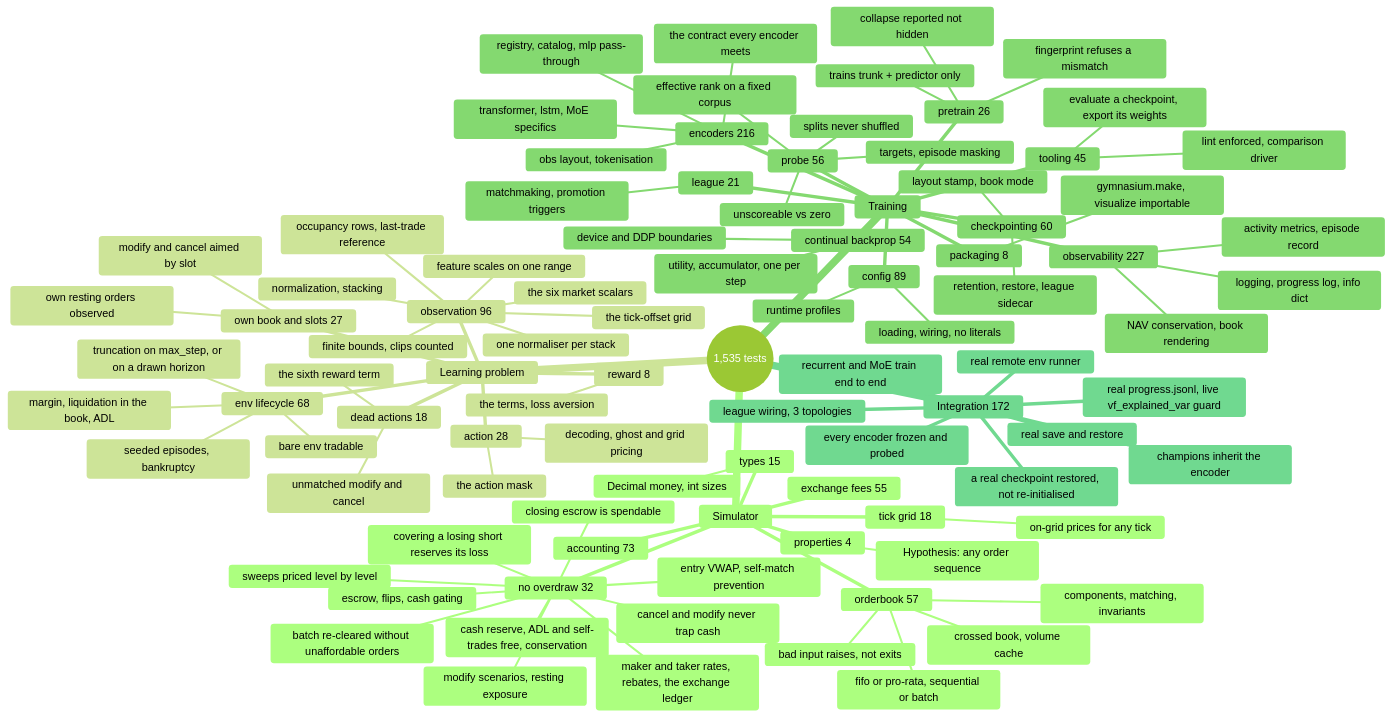
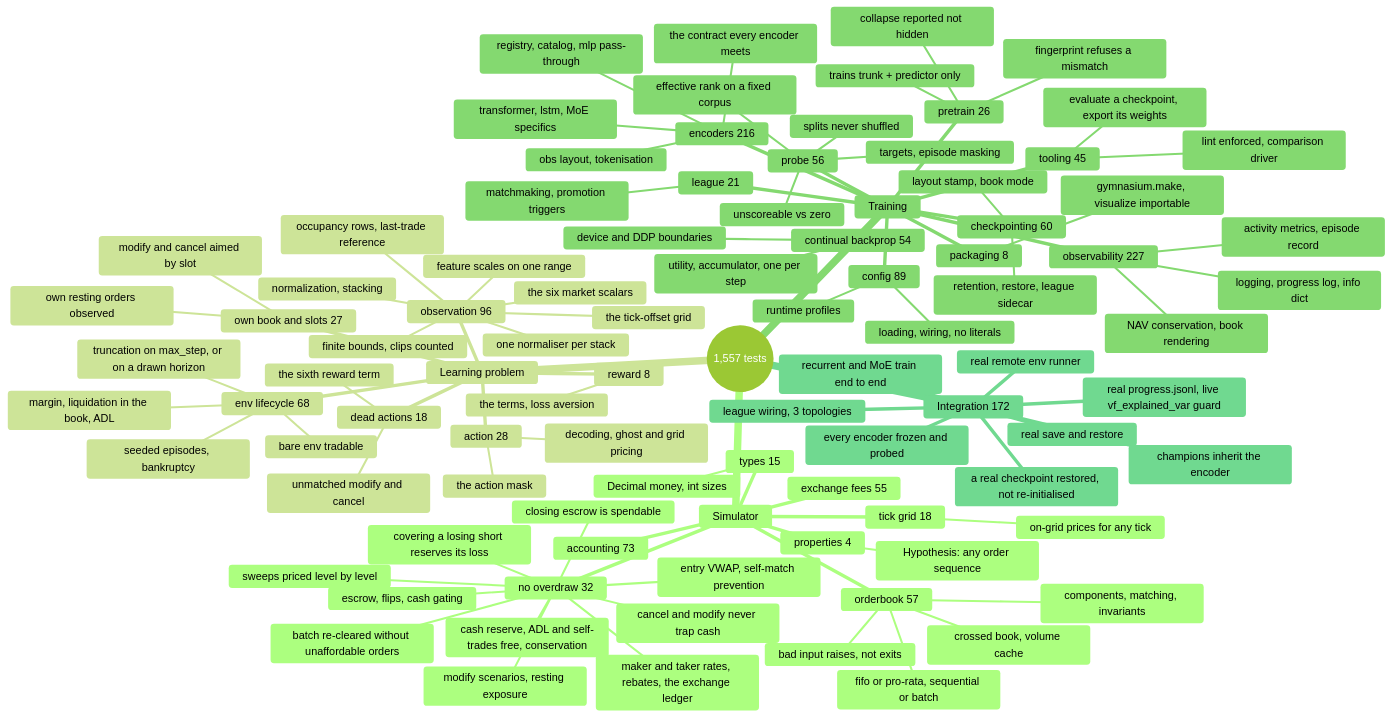
Before and after one commit to ChuaCheowHuan/gym-continuousDoubleAuction: the diagram in doc/10_testing.md, drawn with Mermaid (forest theme). The commit also changed other lines of this file and 7 other files, not shown here.

````diff
--- a/doc/10_testing.md
+++ b/doc/10_testing.md
@@ -147,6 +149,6 @@
 ```mermaid
 mindmap
-  root((1,535 tests))
+  root((1,557 tests))
     Simulator
       orderbook 57
         components, matching, invariants
````
